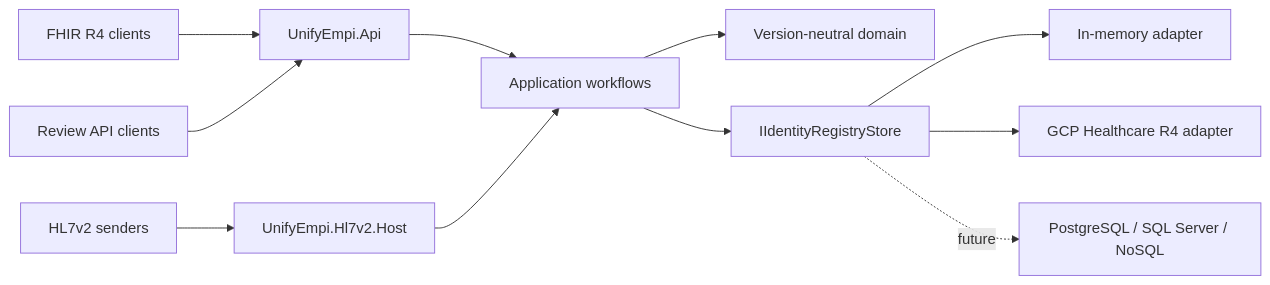
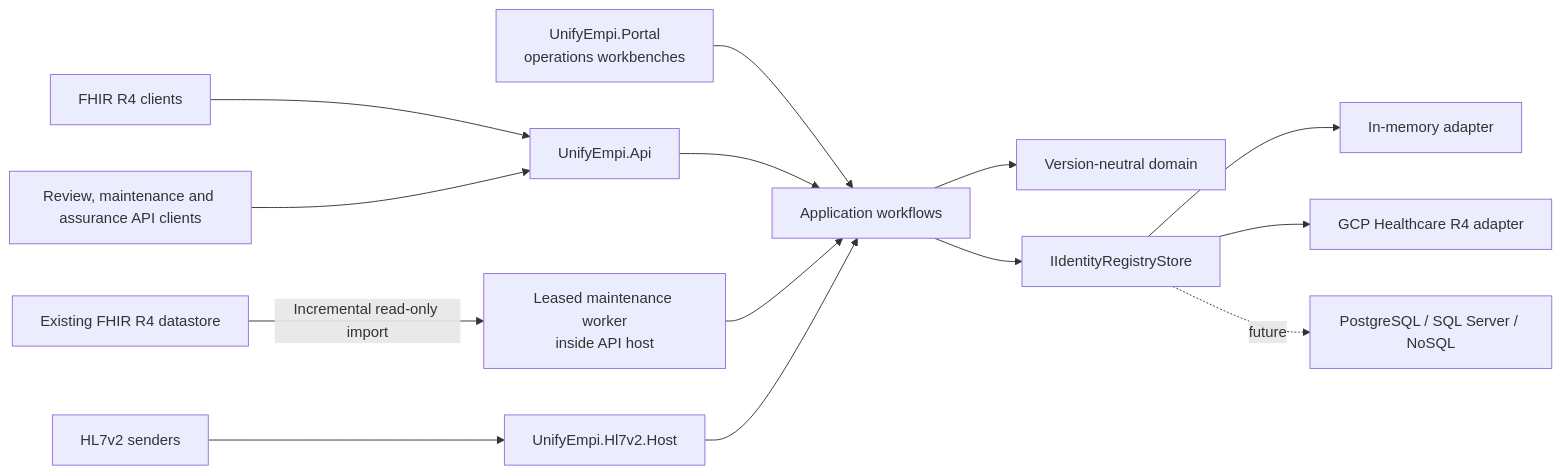
The diagram in docs-site/src/content/docs/architecture/overview.md (Lumbridge/FhirMpi), drawn with Mermaid before and after one commit. The commit also changed other lines of this file and 15 other files, not shown here.

Commit message:
Document assurance boundaries and add portal workbench

````diff
--- a/docs-site/src/content/docs/architecture/overview.md
+++ b/docs-site/src/content/docs/architecture/overview.md
@@ -11,13 +11,16 @@
 ```mermaid
 flowchart LR
     FHIR["FHIR R4 clients"] --> API["UnifyEmpi.Api"]
-    REVIEW["Review API clients"] --> API
+    EXT["Existing FHIR R4 datastore"] -->|"Incremental read-only import"| WORKER["Leased maintenance worker<br/>inside API host"]
+    REVIEW["Review, maintenance and assurance API clients"] --> API
     HL7["HL7v2 senders"] --> MLLP["UnifyEmpi.Hl7v2.Host"]
+    PORTAL["UnifyEmpi.Portal<br/>operations workbenches"] --> APP
     API --> APP["Application workflows"]
+    WORKER --> APP
     MLLP --> APP
     APP --> DOMAIN["Version-neutral domain"]
     APP --> STORE["IIdentityRegistryStore"]
     STORE --> MEMORY["In-memory adapter"]
     STORE --> GCP["GCP Healthcare R4 adapter"]
     STORE -. future .-> SQL["PostgreSQL / SQL Server / NoSQL"]
 ```
````
